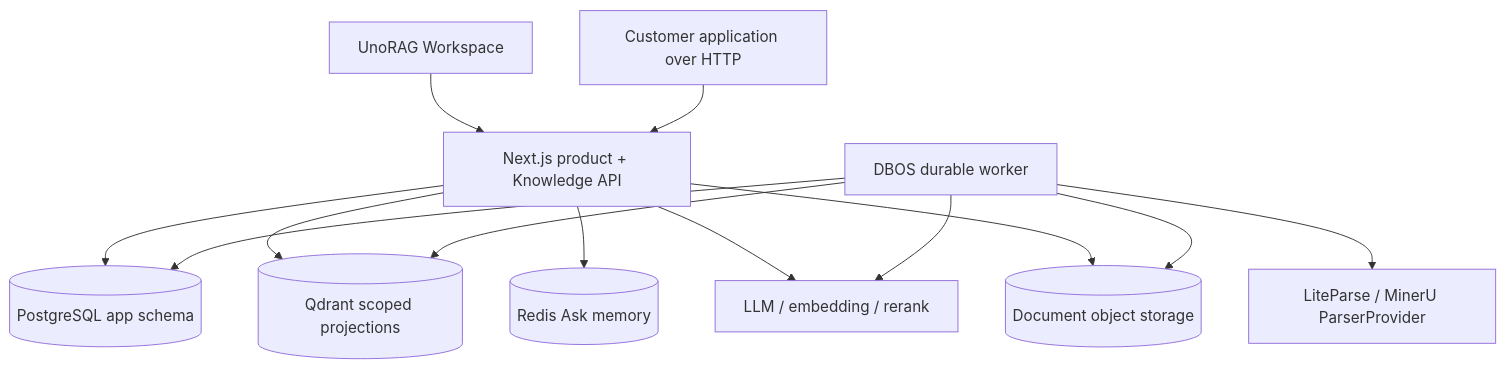
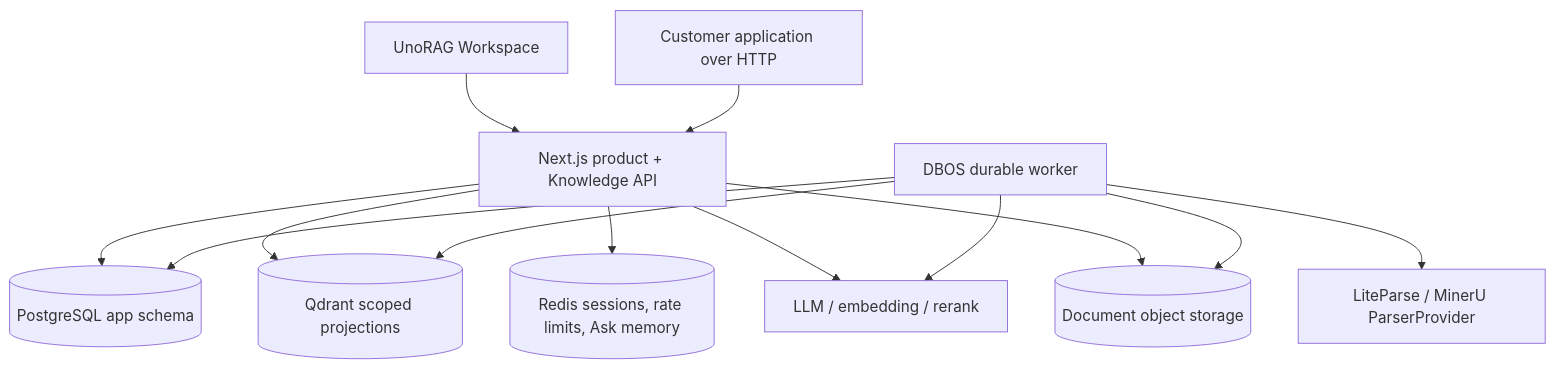
The first of 2 diagrams in docs/ARCHITECTURE.md (codexlin/UnoRAG), drawn with Mermaid before and after one commit. The commit also changed other lines of this file and 37 other files, not shown here.

Commit message:
feat(security): harden sessions and distributed limits (#129)

````diff
--- a/docs/ARCHITECTURE.md
+++ b/docs/ARCHITECTURE.md
@@ -12,24 +12,24 @@
 ```mermaid
 flowchart TB
     Browser["UnoRAG Workspace"] --> Web
     Client["Customer application over HTTP"] --> Web
     Web["Next.js product + Knowledge API"]
     Worker["DBOS durable worker"]
     Parser["LiteParse / MinerU ParserProvider"]
     PG[("PostgreSQL app schema")]
     QD[("Qdrant scoped projections")]
-    Redis[("Redis Ask memory")]
+    Redis[("Redis sessions, rate limits, Ask memory")]
     Files[("Document object storage")]
     Models["LLM / embedding / rerank"]
 
     Web --> PG
     Web --> QD
     Web --> Redis
     Web --> Models
     Web --> Files
     Worker --> PG
     Worker --> QD
     Worker --> Files
     Worker --> Parser
     Worker --> Models
 ```
````
